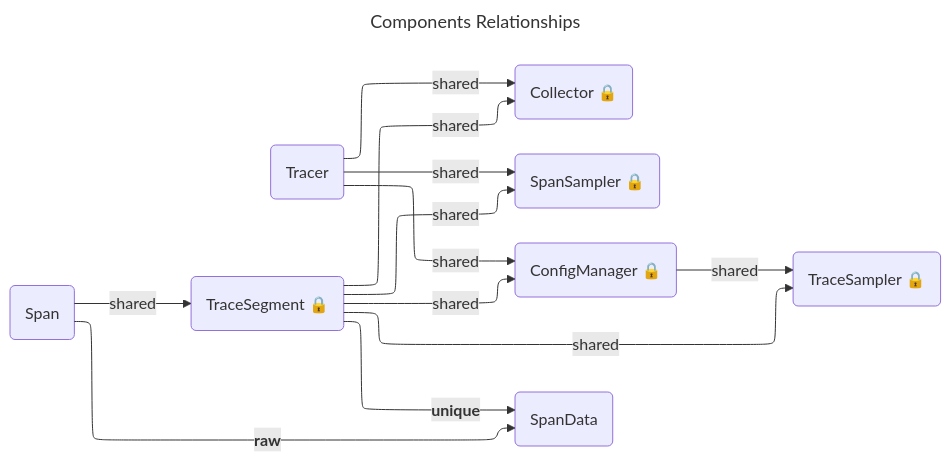
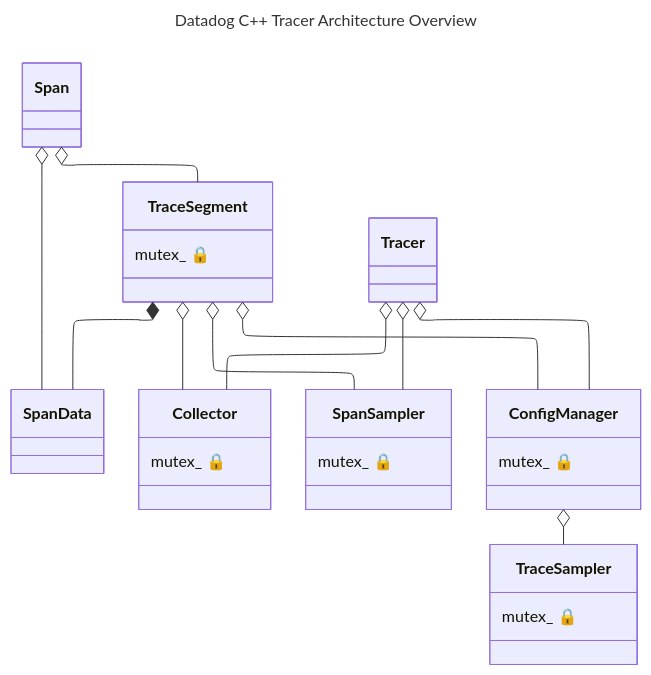
Before and after one commit to DataDog/dd-trace-cpp: the first of 2 diagrams in docs/design.md, drawn with Mermaid. The commit also changed other lines of this file, not shown here.

Commit message:
Design doc: replace Components Relationships graph by a (simplified) class diagram

````diff
--- a/docs/design.md
+++ b/docs/design.md
@@ -14,14 +9,43 @@
 ```mermaid
 ---
-title: Components Relationships
+title: Datadog C++ Tracer Architecture Overview
 config:
   layout: elk
 ---
-graph LR;
-  Tracer(Tracer) & TraceSegment("TraceSegment 🔒")-- shared -->Collector("Collector 🔒") & SpanSampler("SpanSampler 🔒")
-  Tracer & TraceSegment-- shared -->ConfigManager("ConfigManager 🔒")
-  ConfigManager & TraceSegment-- shared -->TraceSampler("TraceSampler 🔒")
-  TraceSegment-- "`**unique**`" -->SpanData(SpanData)
-  Span(Span)-- shared -->TraceSegment
-  Span-- "`**raw**`" -->SpanData
+classDiagram
+  class Span
+  Span o-- TraceSegment
+  Span o-- SpanData
+
+  class SpanData
+
+  class TraceSegment {
+    mutex_ 🔒
+  }
+  TraceSegment *-- SpanData
+  TraceSegment o-- Collector
+  TraceSegment o-- SpanSampler
+  TraceSegment o-- ConfigManager
+
+  class Tracer
+  Tracer o-- Collector
+  Tracer o-- SpanSampler
+  Tracer o-- ConfigManager
+
+  class SpanSampler {
+    mutex_ 🔒
+  }
+
+  class Collector {
+    mutex_ 🔒
+  }
+
+  class ConfigManager {
+    mutex_ 🔒
+  }
+  ConfigManager o-- TraceSampler
+
+  class TraceSampler {
+    mutex_ 🔒
+  }
 ```
````
